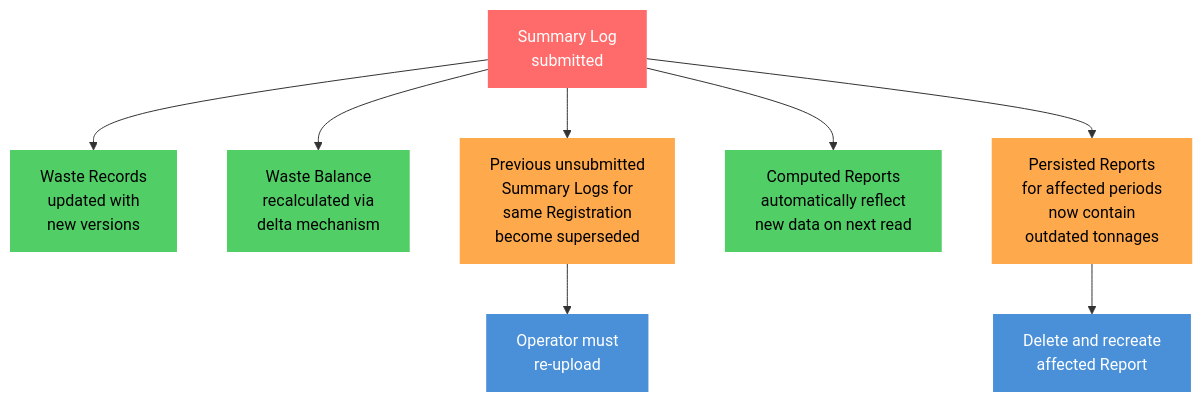
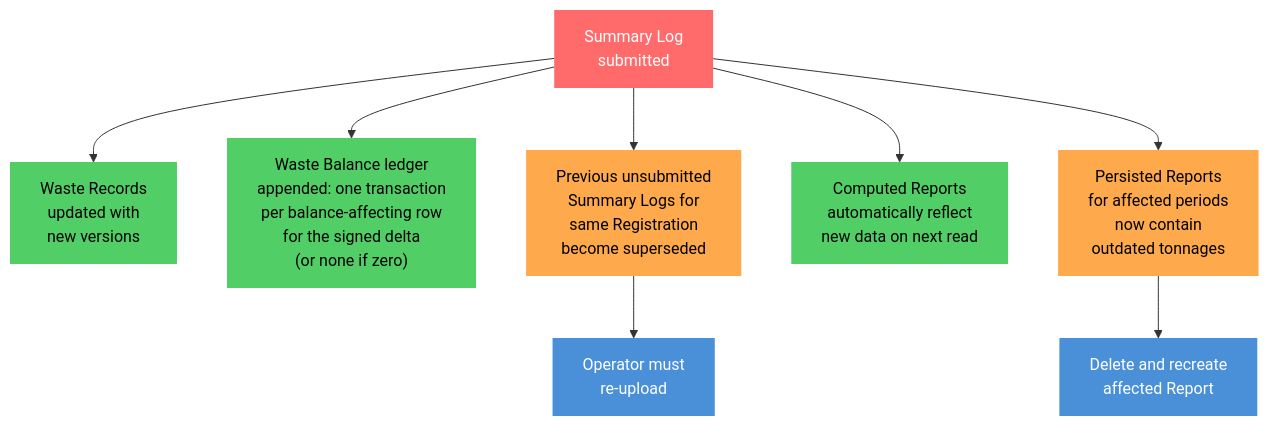
Before and after one commit to DEFRA/epr-re-ex-service: the third of 11 diagrams in docs/architecture/defined/summary-log-data-flow.md, drawn with Mermaid. The commit also changed other lines of this file, not shown here.

First line of the commit message:
PAE-1382: Update summary-log-data-flow to match ADR 0031

````diff
--- a/docs/architecture/defined/summary-log-data-flow.md
+++ b/docs/architecture/defined/summary-log-data-flow.md
@@ -131,18 +133,18 @@
 ```mermaid
 flowchart TD
     classDef trigger fill:#ff6b6b,color:#fff,stroke:none
     classDef stale fill:#ffa94d,color:#000,stroke:none
     classDef auto fill:#51cf66,color:#000,stroke:none
     classDef manual fill:#4a90d9,color:#fff,stroke:none
 
     T["Summary Log\nsubmitted"]:::trigger
 
     T --> WR["Waste Records\nupdated with\nnew versions"]:::auto
-    T --> WB["Waste Balance\nrecalculated via\ndelta mechanism"]:::auto
+    T --> WB["Waste Balance ledger\nappended: one transaction\nper balance-affecting row\nfor the signed delta\n(or none if zero)"]:::auto
     T --> PREV["Previous unsubmitted\nSummary Logs for\nsame Registration\nbecome superseded"]:::stale
     T --> RPT_C["Computed Reports\nautomatically reflect\nnew data on next read"]:::auto
     T --> RPT_P["Persisted Reports\nfor affected periods\nnow contain\noutdated tonnages"]:::stale
 
     PREV --> PREV_FIX["Operator must\nre-upload"]:::manual
     RPT_P --> RPT_FIX["Delete and recreate\naffected Report"]:::manual
 ```
````
